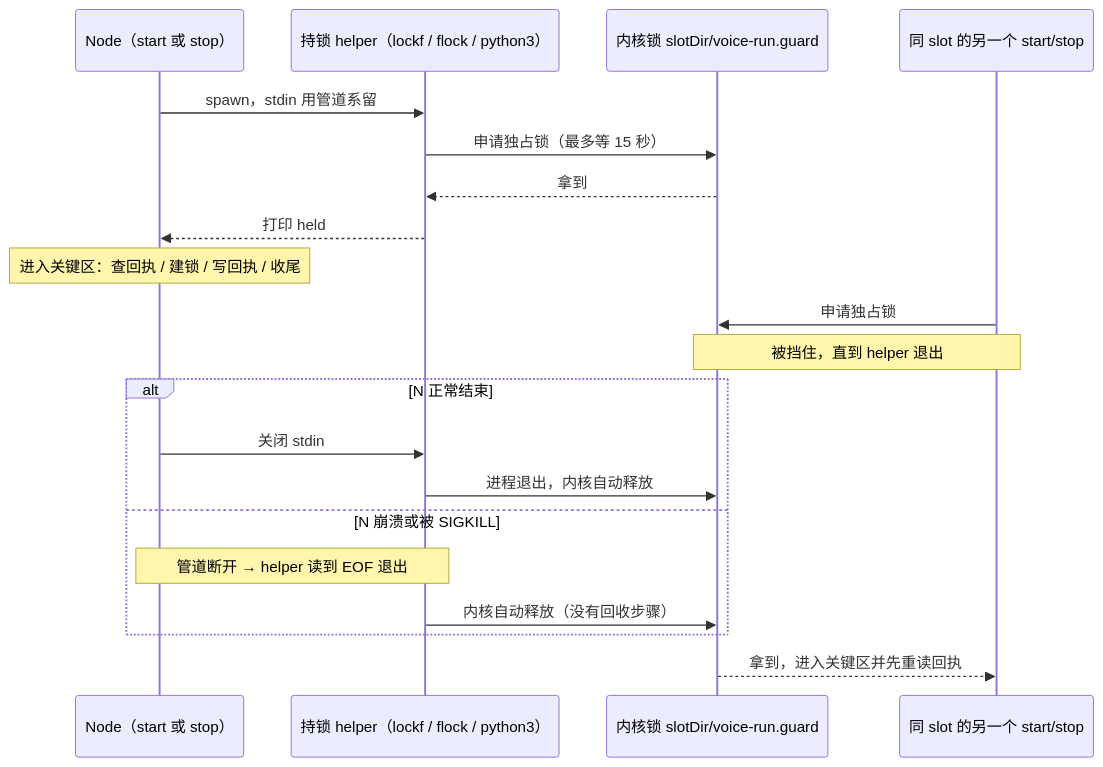
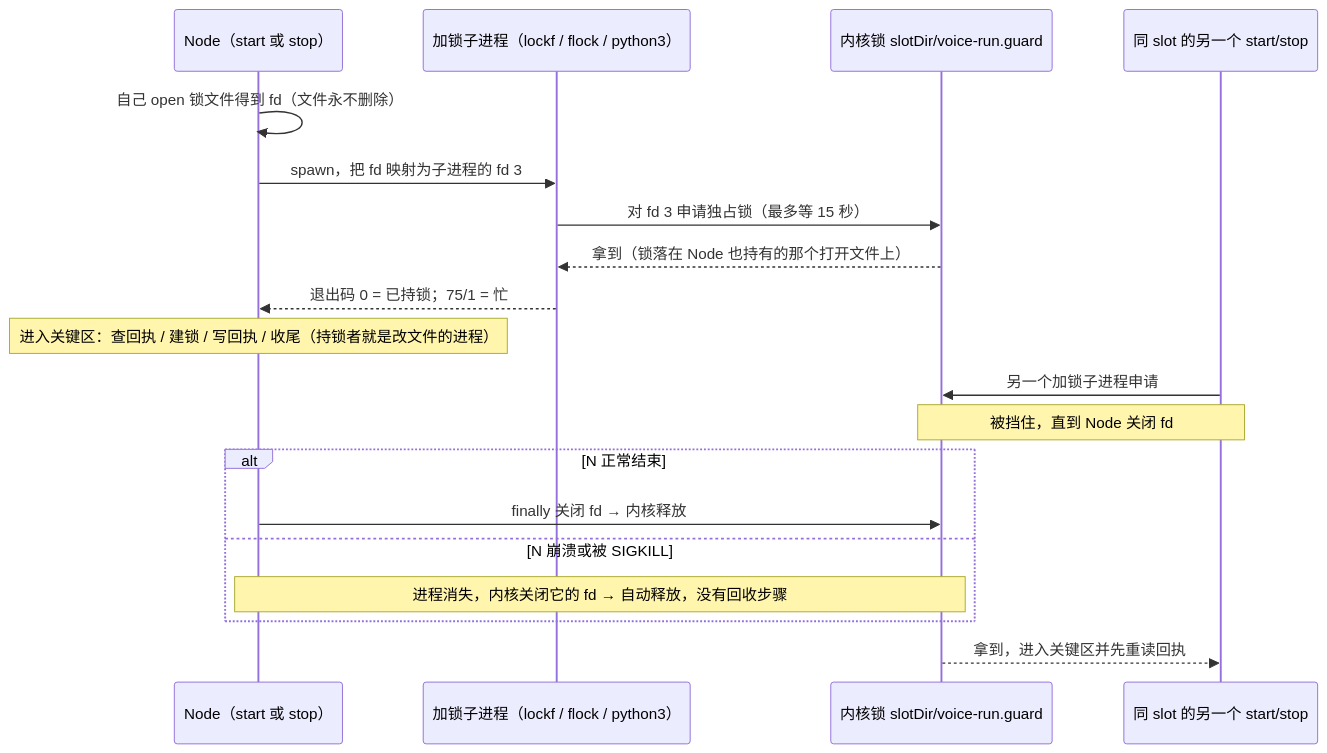
The diagram in engineering/doc/FLY-2876-voice-room-orphan-lease/FLY-2876-d4-guard.mmd (xrliAnnie/flywheel-qa-sandbox), drawn with Mermaid before and after one commit. The commit also changed 3 other files, not shown here.

```diff
--- a/engineering/doc/FLY-2876-voice-room-orphan-lease/FLY-2876-d4-guard.mmd
+++ b/engineering/doc/FLY-2876-voice-room-orphan-lease/FLY-2876-d4-guard.mmd
@@ -1,20 +1,19 @@
 sequenceDiagram
   participant N as Node（start 或 stop）
-  participant H as 持锁 helper（lockf / flock / python3）
+  participant C as 加锁子进程（lockf / flock / python3）
   participant K as 内核锁 slotDir/voice-run.guard
   participant O as 同 slot 的另一个 start/stop
-  N->>H: spawn，stdin 用管道系留
-  H->>K: 申请独占锁（最多等 15 秒）
-  K-->>H: 拿到
-  H-->>N: 打印 held
-  Note over N: 进入关键区：查回执 / 建锁 / 写回执 / 收尾
-  O->>K: 申请独占锁
-  Note over O,K: 被挡住，直到 helper 退出
+  N->>N: 自己 open 锁文件得到 fd（文件永不删除）
+  N->>C: spawn，把 fd 映射为子进程的 fd 3
+  C->>K: 对 fd 3 申请独占锁（最多等 15 秒）
+  K-->>C: 拿到（锁落在 Node 也持有的那个打开文件上）
+  C-->>N: 退出码 0 = 已持锁；75/1 = 忙
+  Note over N: 进入关键区：查回执 / 建锁 / 写回执 / 收尾（持锁者就是改文件的进程）
+  O->>K: 另一个加锁子进程申请
+  Note over O,K: 被挡住，直到 Node 关闭 fd
   alt N 正常结束
-    N->>H: 关闭 stdin
-    H->>K: 进程退出，内核自动释放
+    N->>K: finally 关闭 fd → 内核释放
   else N 崩溃或被 SIGKILL
-    Note over N,H: 管道断开 → helper 读到 EOF 退出
-    H->>K: 内核自动释放（没有回收步骤）
+    Note over N,K: 进程消失，内核关闭它的 fd → 自动释放，没有回收步骤
   end
   K-->>O: 拿到，进入关键区并先重读回执
```
